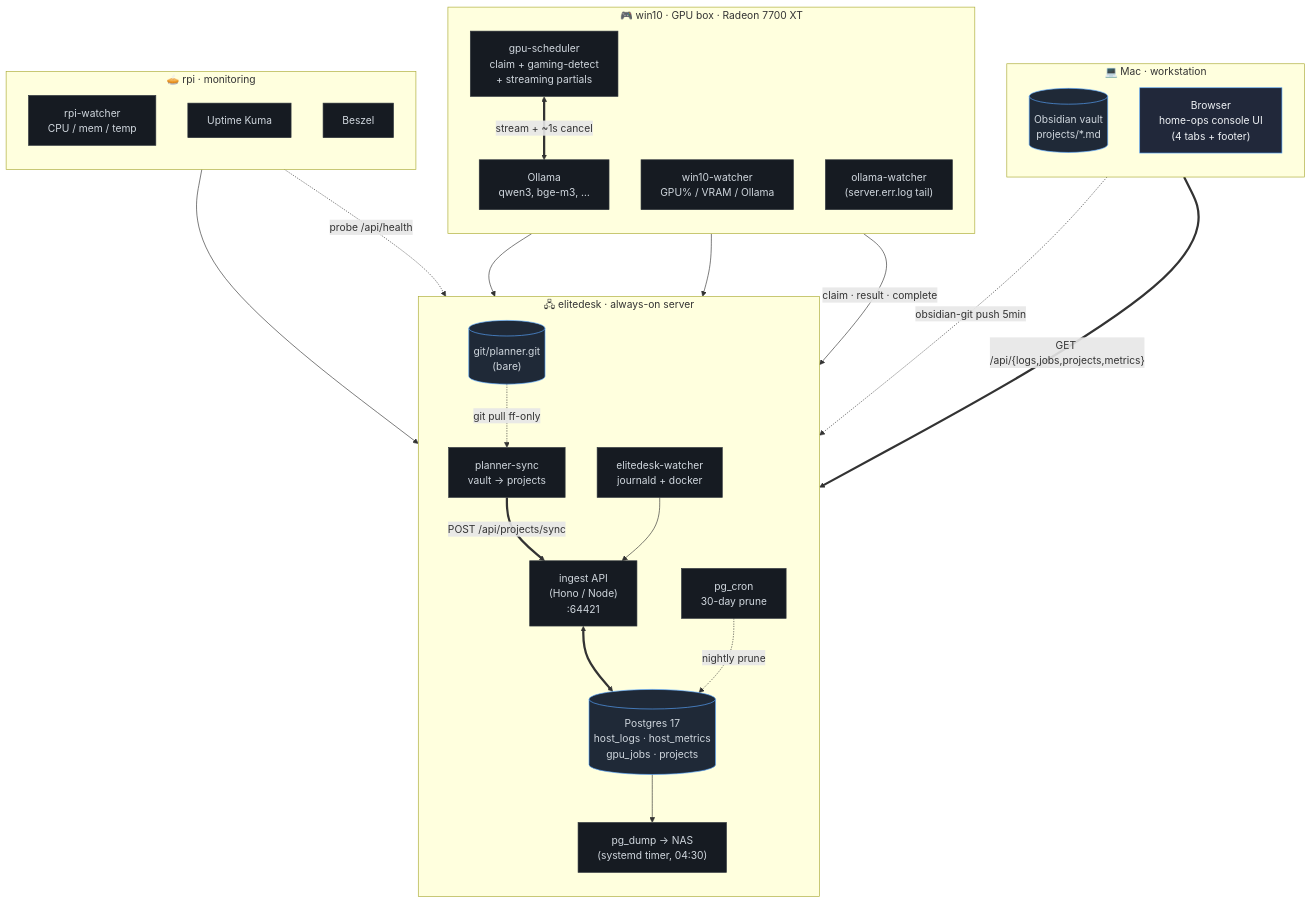
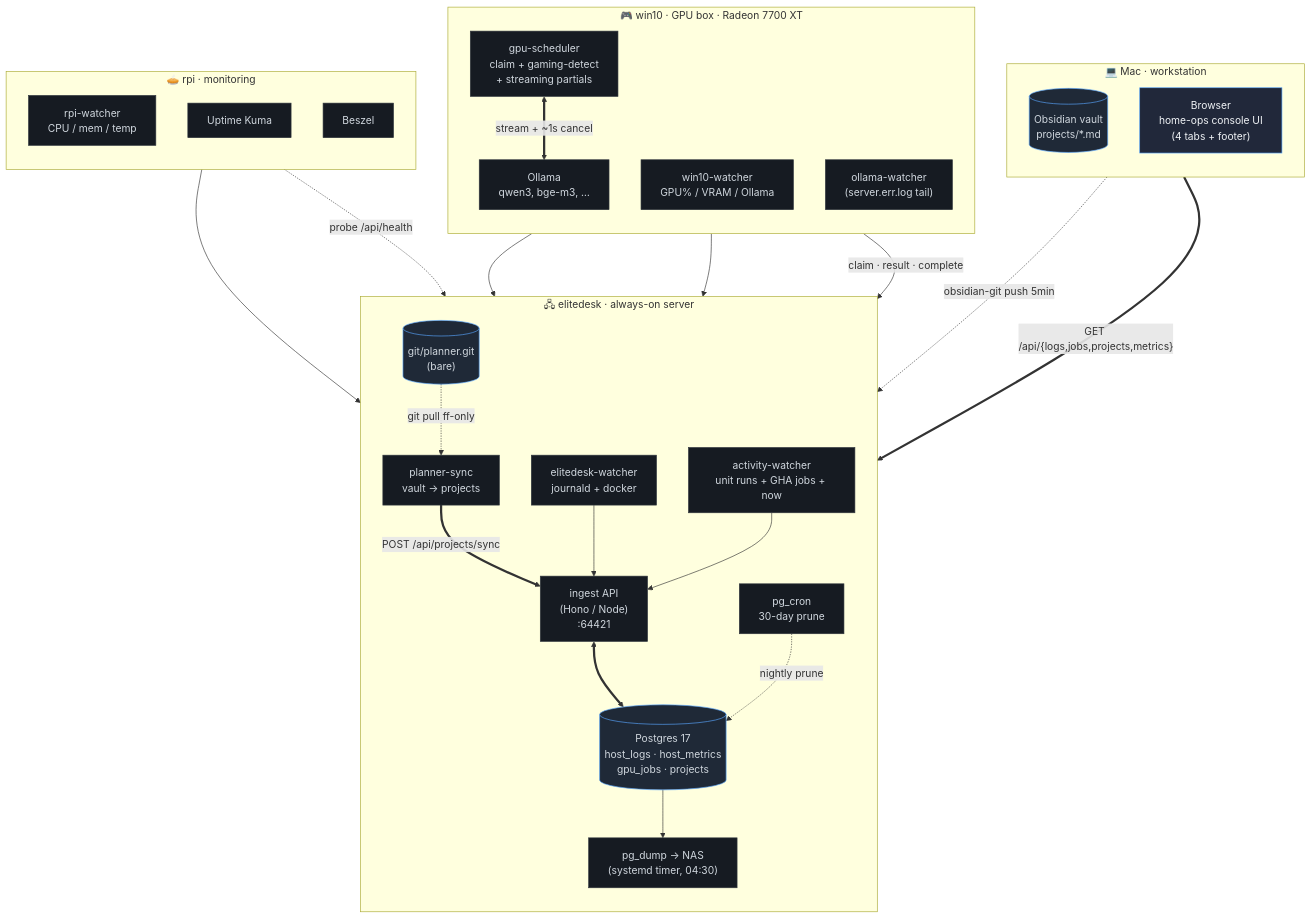
The diagram in docs/ARCHITECTURE.md (PiotrRomanczuk/home-ops), drawn with Mermaid before and after one commit. The commit also changed other lines of this file and 18 other files, not shown here.

First line of the commit message:
feat(activity): activity-watcher — unit runs, GHA jobs, right-now snapshot

````diff
--- a/docs/ARCHITECTURE.md
+++ b/docs/ARCHITECTURE.md
@@ -13,71 +13,73 @@
 ```mermaid
 graph TB
   %% ─────────── Mac ───────────
   subgraph mac["💻 Mac · workstation"]
     direction TB
     vault[("Obsidian vault<br/>projects/*.md")]
     browser["Browser<br/>home-ops console UI<br/>(4 tabs + footer)"]
   end
 
   %% ─────────── elitedesk ───────────
   subgraph elitedesk["🖧 elitedesk · always-on server"]
     direction TB
     pg[("Postgres 17<br/>host_logs · host_metrics<br/>gpu_jobs · projects")]
     ingest["ingest API<br/>(Hono / Node)<br/>:64421"]
     elitedesk_watcher["elitedesk-watcher<br/>journald + docker"]
+    activity_watcher["activity-watcher<br/>unit runs + GHA jobs + now"]
     planner_sync["planner-sync<br/>vault → projects"]
     pg_cron["pg_cron<br/>30-day prune"]
     git_bare[("git/planner.git<br/>(bare)")]
     backup["pg_dump → NAS<br/>(systemd timer, 04:30)"]
   end
 
   %% ─────────── win10 ───────────
   subgraph win10["🎮 win10 · GPU box · Radeon 7700 XT"]
     direction TB
     ollama["Ollama<br/>qwen3, bge-m3, …"]
     gpu_sched["gpu-scheduler<br/>claim + gaming-detect<br/>+ streaming partials"]
     win10_watcher["win10-watcher<br/>GPU% / VRAM / Ollama"]
     ollama_watcher["ollama-watcher<br/>(server.err.log tail)"]
   end
 
   %% ─────────── rpi ───────────
   subgraph rpi["🥧 rpi · monitoring"]
     direction TB
     rpi_watcher["rpi-watcher<br/>CPU / mem / temp"]
     kuma["Uptime Kuma"]
     beszel["Beszel"]
   end
 
   %% ─── Vault sync (every 60s) ───
   vault -. obsidian-git push 5min .-> git_bare
   git_bare -. git pull ff-only .-> planner_sync
   planner_sync == "POST /api/projects/sync" ==> ingest
 
   %% ─── Log + metric shipping (batched, 2s window) ───
   elitedesk_watcher --> ingest
+  activity_watcher --> ingest
   win10_watcher --> ingest
   ollama_watcher --> ingest
   rpi_watcher --> ingest
 
   %% ─── GPU job lifecycle ───
   gpu_sched -- "claim · result · complete" --> ingest
   gpu_sched <== stream + ~1s cancel ==> ollama
 
   %% ─── Storage + retention ───
   ingest <==> pg
   pg_cron -. nightly prune .-> pg
   pg --> backup
 
   %% ─── Reads ───
   browser == "GET /api/{logs,jobs,projects,metrics}" ==> ingest
 
   %% ─── External health probes ───
   kuma -. probe /api/health .-> ingest
 
   classDef store fill:#1f2937,stroke:#58a6ff,color:#d0d7de
   classDef service fill:#161b22,stroke:#30363d,color:#d0d7de
   classDef human fill:#21283a,stroke:#58a6ff,color:#f0f3f6
   class pg,git_bare,vault store
   class browser human
-  class ingest,elitedesk_watcher,planner_sync,pg_cron,backup,ollama,gpu_sched,win10_watcher,ollama_watcher,rpi_watcher,kuma,beszel service
+  class ingest,elitedesk_watcher,activity_watcher,planner_sync,pg_cron,backup,ollama,gpu_sched,win10_watcher,ollama_watcher,rpi_watcher,kuma,beszel service
 ```
````
